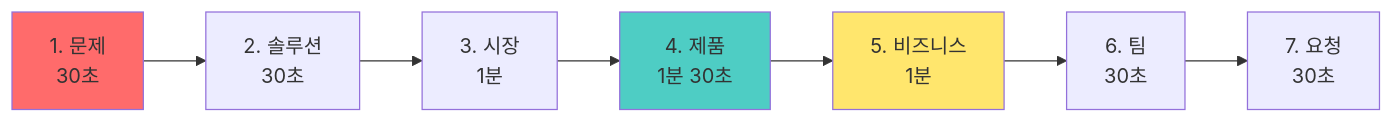
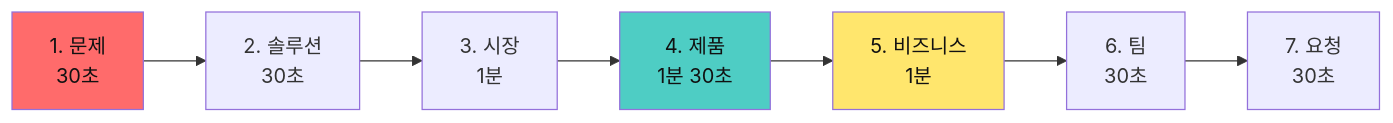
Before and after one commit to Collegenie-X/AI-Vive-Coding: diagram 20 of 31 in Docs/AI교육_가상환경_비즈니스_중심_프로그램.md, drawn with Mermaid. The commit also changed other lines of this file, not shown here.

````diff
--- a/Docs/AI교육_가상환경_비즈니스_중심_프로그램.md
+++ b/Docs/AI교육_가상환경_비즈니스_중심_프로그램.md
@@ -919,13 +919,13 @@
 ```mermaid
 graph LR
     A[1. 문제<br/>30초] --> B[2. 솔루션<br/>30초]
     B --> C[3. 시장<br/>1분]
     C --> D[4. 제품<br/>1분 30초]
     D --> E[5. 비즈니스<br/>1분]
     E --> F[6. 팀<br/>30초]
     F --> G[7. 요청<br/>30초]
     
-    style A fill:#ff6b6b
-    style D fill:#4ecdc4
-    style E fill:#ffe66d
+    style A fill:#ff6b6b,color:#111
+    style D fill:#4ecdc4,color:#111
+    style E fill:#ffe66d,color:#111
 ```
````
